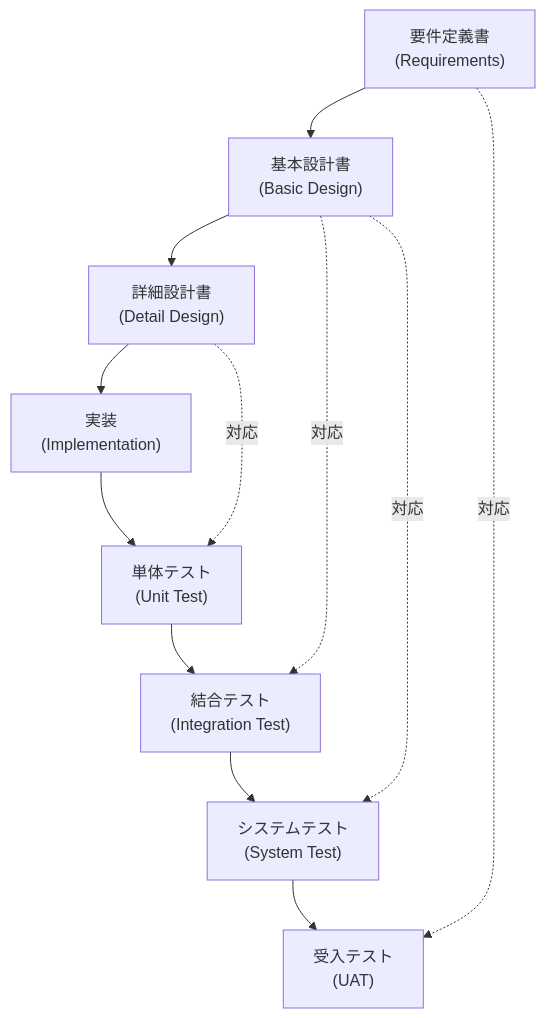
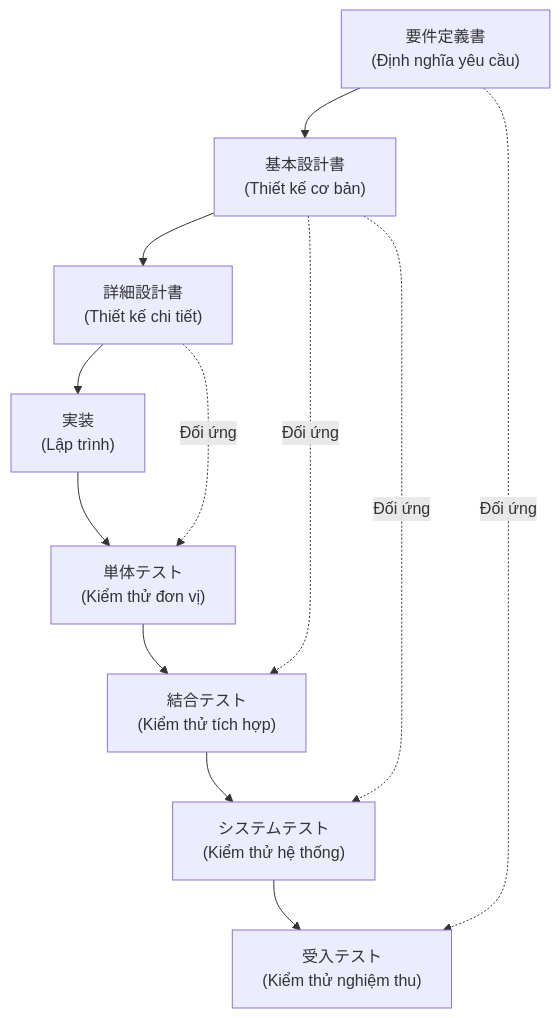
Before and after one commit to bienhoang/sekkei-ai-agents: the first of 3 diagrams in docs/user-guide/02-v-model-and-documents.md, drawn with Mermaid. The commit also changed other lines of this file and 45 other files, not shown here.

````diff
--- a/docs/user-guide/02-v-model-and-documents.md
+++ b/docs/user-guide/02-v-model-and-documents.md
@@ -7,15 +7,15 @@
 ```mermaid
 flowchart TD
-    R["要件定義書\n(Requirements)"] --> F["基本設計書\n(Basic Design)"]
-    F --> D["詳細設計書\n(Detail Design)"]
-    D --> C["実装\n(Implementation)"]
-    C --> UT["単体テスト\n(Unit Test)"]
-    UT --> IT["結合テスト\n(Integration Test)"]
-    IT --> ST["システムテスト\n(System Test)"]
-    ST --> UAT["受入テスト\n(UAT)"]
+    R["要件定義書\n(Định nghĩa yêu cầu)"] --> F["基本設計書\n(Thiết kế cơ bản)"]
+    F --> D["詳細設計書\n(Thiết kế chi tiết)"]
+    D --> C["実装\n(Lập trình)"]
+    C --> UT["単体テスト\n(Kiểm thử đơn vị)"]
+    UT --> IT["結合テスト\n(Kiểm thử tích hợp)"]
+    IT --> ST["システムテスト\n(Kiểm thử hệ thống)"]
+    ST --> UAT["受入テスト\n(Kiểm thử nghiệm thu)"]
 
-    R -.->|"対応"| UAT
-    F -.->|"対応"| ST
-    F -.->|"対応"| IT
-    D -.->|"対応"| UT
+    R -.->|"Đối ứng"| UAT
+    F -.->|"Đối ứng"| ST
+    F -.->|"Đối ứng"| IT
+    D -.->|"Đối ứng"| UT
 ```
````
